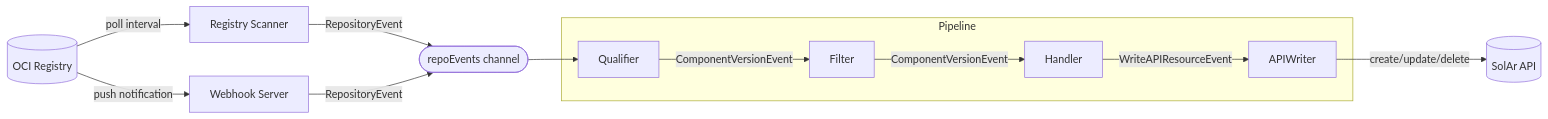
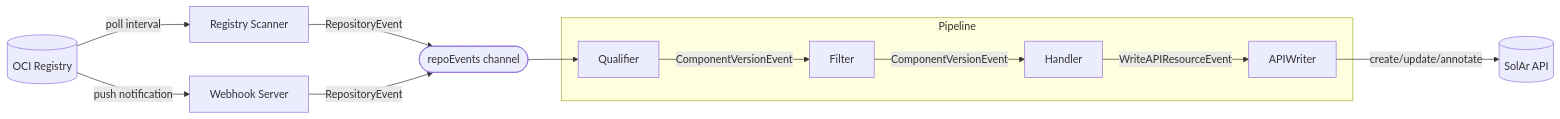
One commit to opendefensecloud/solution-arsenal changed the first of 7 diagrams in docs/developer-guide/discovery_pipeline.md. Above: the diagram before and after it, drawn with Mermaid. The commit also changed other lines of this file and 48 other files, not shown here.

````diff
--- a/docs/developer-guide/discovery_pipeline.md
+++ b/docs/developer-guide/discovery_pipeline.md
@@ -13,26 +13,26 @@
 ```mermaid
 flowchart LR
     Reg[(OCI Registry)]
     Webhook[Webhook Server]
     Scanner[Registry Scanner]
     Chan([repoEvents channel])
 
     subgraph Pipeline
         Q[Qualifier]
         F[Filter]
         H[Handler]
         W[APIWriter]
     end
 
     K8s[(SolAr API)]
 
     Reg -->|poll interval| Scanner
     Reg -->|push notification| Webhook
     Scanner -->|RepositoryEvent| Chan
     Webhook -->|RepositoryEvent| Chan
     Chan --> Q
     Q -->|ComponentVersionEvent| F
     F -->|ComponentVersionEvent| H
     H -->|WriteAPIResourceEvent| W
-    W -->|create/update/delete| K8s
+    W -->|create/update/annotate| K8s
 ```
````
